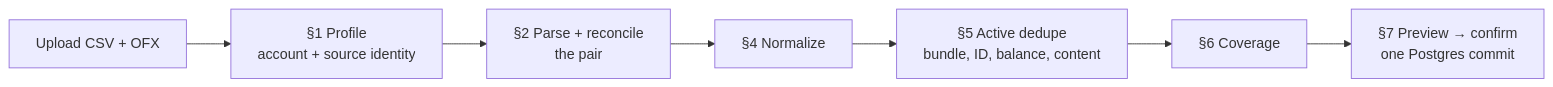
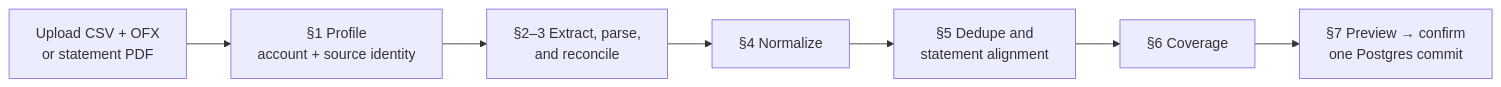
Before and after one commit to AdiRishi/ironcage: the second of 5 diagrams in docs/technical/08-money.mdx, drawn with Mermaid. The commit also changed other lines of this file and 9 other files, not shown here.

Commit message:
docs(money): define transient statement import flow

````diff
--- a/docs/technical/08-money.mdx
+++ b/docs/technical/08-money.mdx
@@ -55,4 +52,4 @@
 ```mermaid
 flowchart LR
-    U["Upload CSV + OFX"] --> S1["§1 Profile<br/>account + source identity"] --> S2["§2 Parse + reconcile<br/>the pair"] --> S4["§4 Normalize"] --> S5["§5 Active dedupe<br/>bundle, ID, balance, content"] --> S6["§6 Coverage"] --> S7["§7 Preview → confirm<br/>one Postgres commit"]
+    U["Upload CSV + OFX<br/>or statement PDF"] --> S1["§1 Profile<br/>account + source identity"] --> S2["§2–3 Extract, parse,<br/>and reconcile"] --> S4["§4 Normalize"] --> S5["§5 Dedupe and<br/>statement alignment"] --> S6["§6 Coverage"] --> S7["§7 Preview → confirm<br/>one Postgres commit"]
 ```
````
